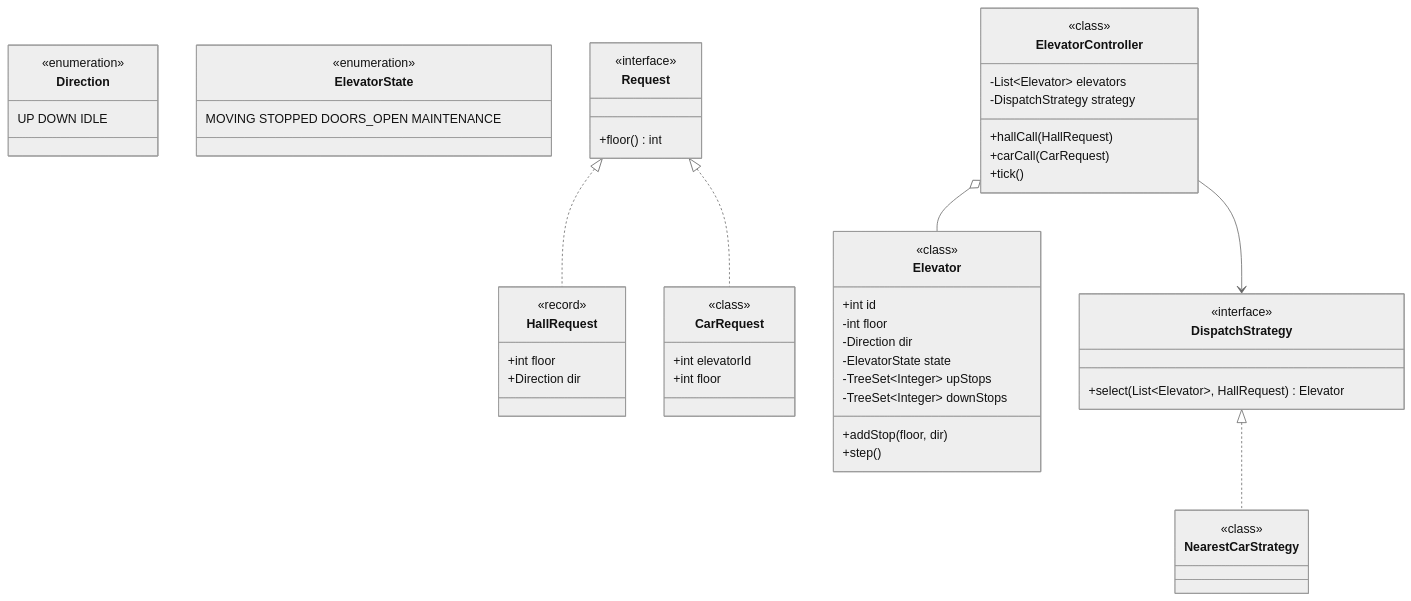
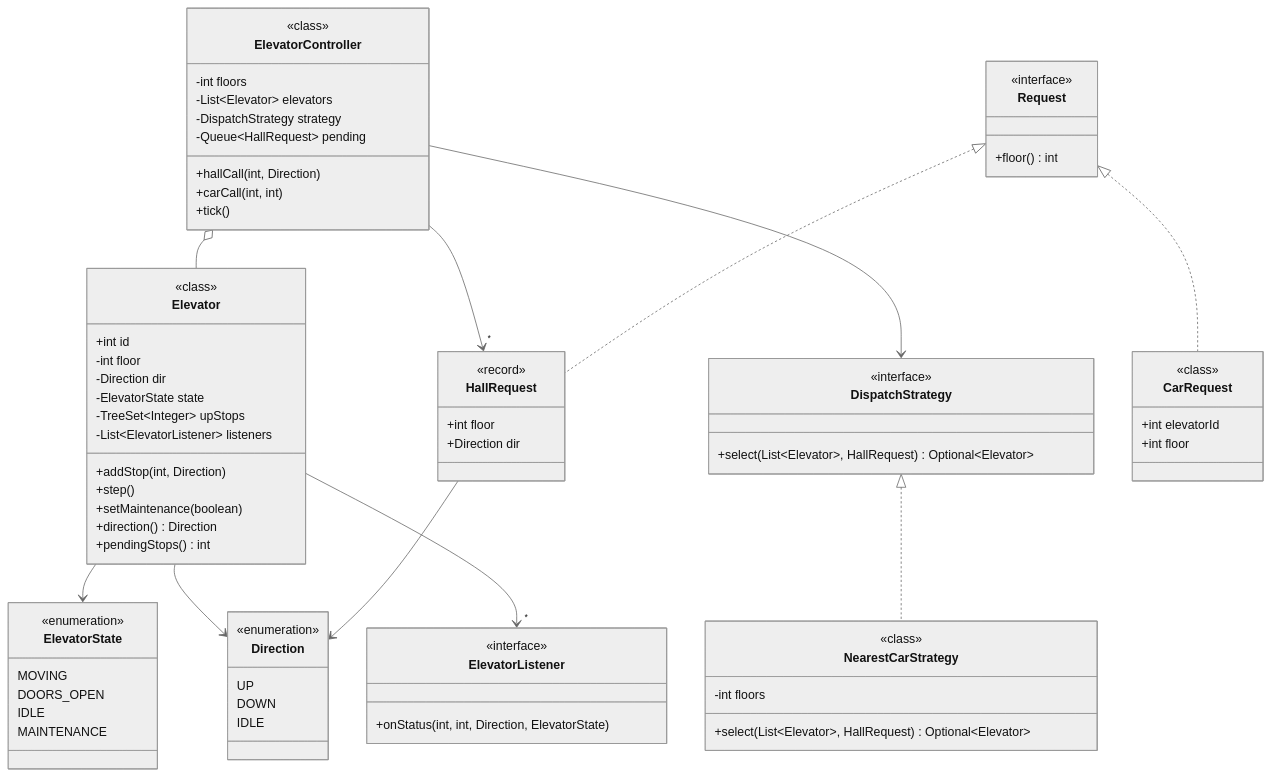
One commit to amarkum/amarkumar.guru changed the first of 2 diagrams in system-design/lld/24-elevator.md. Above: the diagram before and after it, drawn with Mermaid (neutral theme). The commit also changed 27 other files, not shown here.

Commit message:
Rebuild every UML class diagram from its Java code, add a notes progress tracker, and make diagrams readable with zoom and a legend.

````diff
--- a/system-design/lld/24-elevator.md
+++ b/system-design/lld/24-elevator.md
@@ -38,70 +38,77 @@
 ```mermaid
 classDiagram
     class Direction {
       <<enumeration>>
-      UP DOWN IDLE
+      UP
+      DOWN
+      IDLE
     }
     class ElevatorState {
       <<enumeration>>
-      MOVING STOPPED DOORS_OPEN MAINTENANCE
+      MOVING
+      DOORS_OPEN
+      IDLE
+      MAINTENANCE
+    }
+    class HallRequest {
+      <<record>>
+      +int floor
+      +Direction dir
+    }
+    class ElevatorListener {
+      <<interface>>
+      +onStatus(int, int, Direction, ElevatorState)
     }
     class Elevator {
+      <<class>>
       +int id
       -int floor
       -Direction dir
       -ElevatorState state
       -TreeSet~Integer~ upStops
-      -TreeSet~Integer~ downStops
-      +addStop(floor, dir)
+      -List~ElevatorListener~ listeners
+      +addStop(int, Direction)
       +step()
+      +setMaintenance(boolean)
+      +direction() Direction
+      +pendingStops() int
+    }
+    class DispatchStrategy {
+      <<interface>>
+      +select(List~Elevator~, HallRequest) Optional~Elevator~
+    }
+    class NearestCarStrategy {
+      <<class>>
+      -int floors
+      +select(List~Elevator~, HallRequest) Optional~Elevator~
+    }
+    class ElevatorController {
+      <<class>>
+      -int floors
+      -List~Elevator~ elevators
+      -DispatchStrategy strategy
+      -Queue~HallRequest~ pending
+      +hallCall(int, Direction)
+      +carCall(int, int)
+      +tick()
+    }
+    class CarRequest {
+      <<class>>
+      +int elevatorId
+      +int floor
     }
     class Request {
       <<interface>>
       +floor() int
-    }
-    class HallRequest {
-      +int floor
-      +Direction dir
-    }
-    class CarRequest {
-      +int elevatorId
-      +int floor
-    }
-    class DispatchStrategy {
-      <<interface>>
-      +select(List~Elevator~, HallRequest) Elevator
-    }
-    class NearestCarStrategy {
-      <<class>>
-    }
-    class ElevatorController {
-      -List~Elevator~ elevators
-      -DispatchStrategy strategy
-      +hallCall(HallRequest)
-      +carCall(CarRequest)
-      +tick()
     }
     Request <|.. HallRequest
     Request <|.. CarRequest
     DispatchStrategy <|.. NearestCarStrategy
     ElevatorController o-- Elevator
     ElevatorController --> DispatchStrategy
-    class Request {
-      <<class>>
-    }
-    class CarRequest {
-      <<class>>
-    }
-    class ElevatorController {
-      <<class>>
-    }
-    class DispatchStrategy {
-      <<interface>>
-    }
-    class HallRequest {
-      <<record>>
-    }
-    class Elevator {
-      <<class>>
-    }
+    HallRequest --> Direction
+    Elevator --> Direction
+    Elevator --> ElevatorState
+    Elevator --> "*" ElevatorListener
+    ElevatorController --> "*" HallRequest
 ```
````
